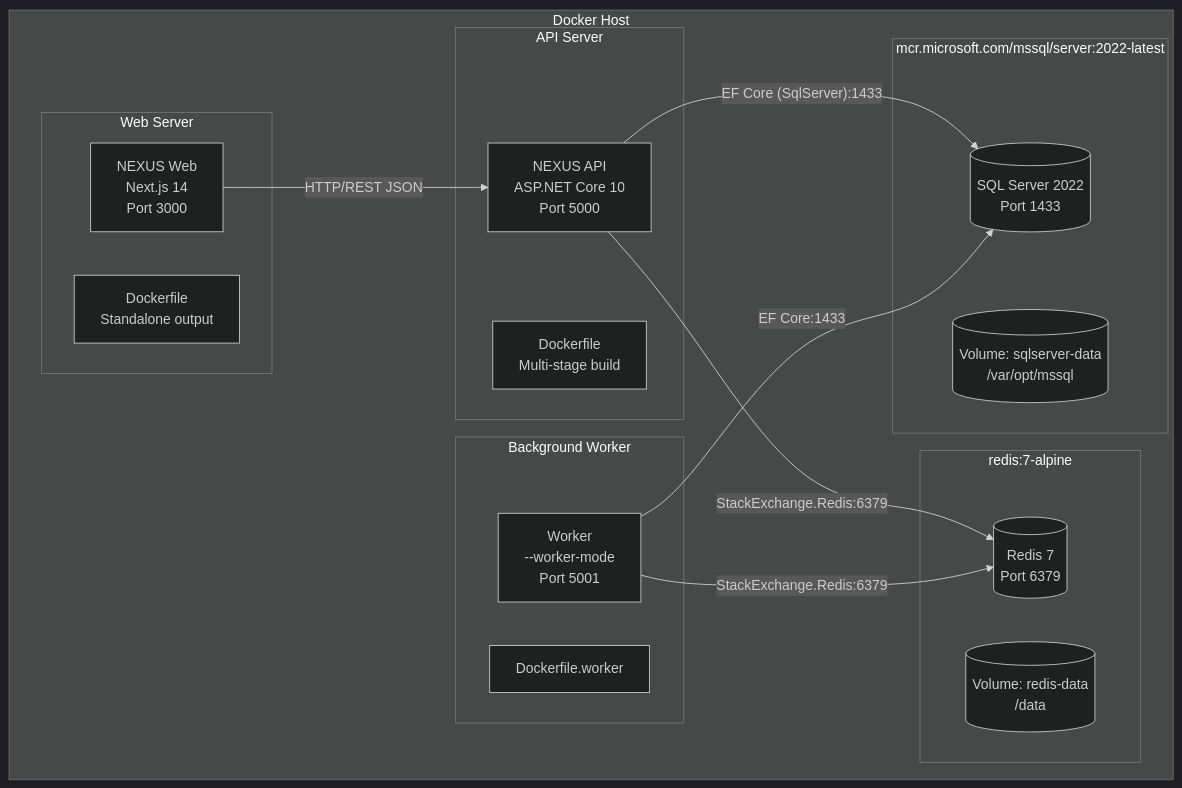
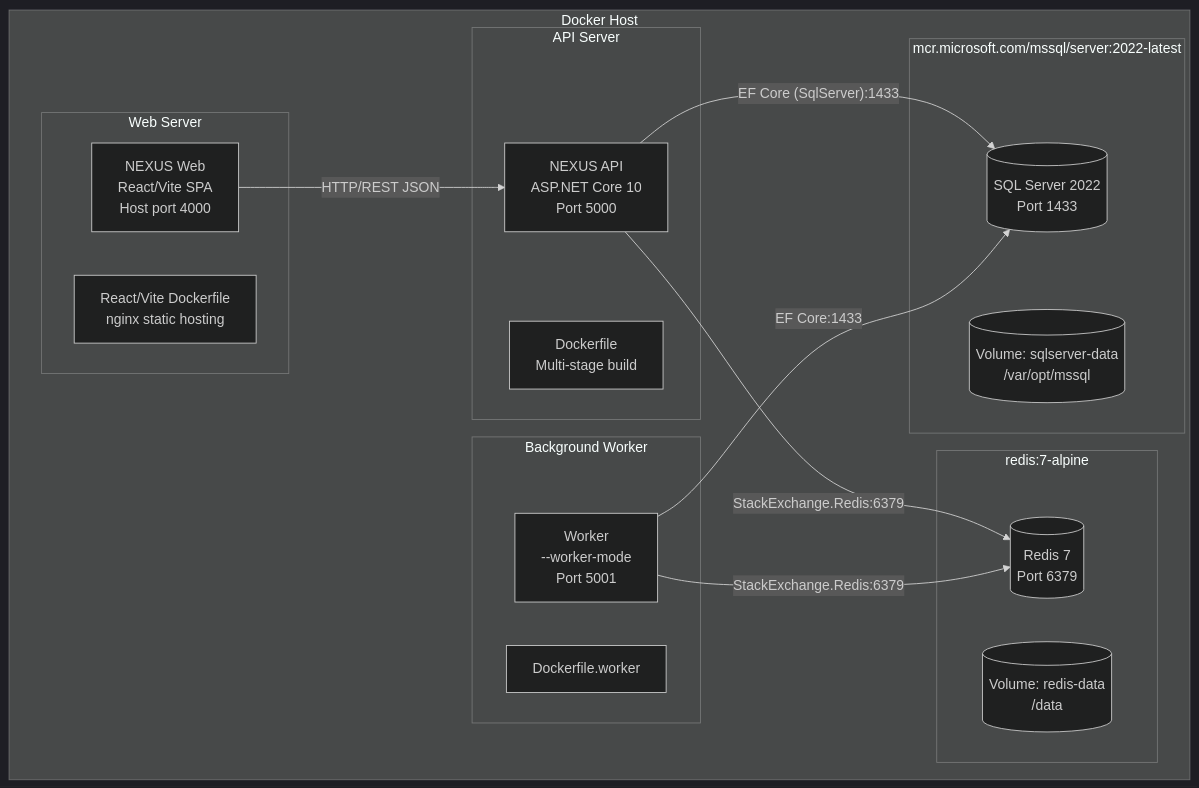
The diagram in docs/architecture/DEPLOYMENT-ARCHITECTURE.md (ShadyIsmael/pmo), drawn with Mermaid (dark theme) before and after one commit. The commit also changed other lines of this file and 2556 other files, not shown here.

````diff
--- a/docs/architecture/DEPLOYMENT-ARCHITECTURE.md
+++ b/docs/architecture/DEPLOYMENT-ARCHITECTURE.md
@@ -170,35 +173,35 @@
 ```mermaid
 graph TB
     subgraph "Docker Host"
         subgraph "mcr.microsoft.com/mssql/server:2022-latest"
             PG[("SQL Server 2022<br/>Port 1433")]
             PGV[(Volume: sqlserver-data<br/>/var/opt/mssql)]
         end
 
         subgraph "redis:7-alpine"
             RD[("Redis 7<br/>Port 6379")]
             RDV[(Volume: redis-data<br/>/data)]
         end
 
         subgraph "API Server"
             API["NEXUS API<br/>ASP.NET Core 10<br/>Port 5000"]
             APIDL[Dockerfile<br/>Multi-stage build]
         end
 
         subgraph "Web Server"
-            WEB["NEXUS Web<br/>Next.js 14<br/>Port 3000"]
-            WEBDL[Dockerfile<br/>Standalone output]
+            WEB["NEXUS Web<br/>React/Vite SPA<br/>Host port 4000"]
+            WEBDL[React/Vite Dockerfile<br/>nginx static hosting]
         end
 
         subgraph "Background Worker"
             WRK["Worker<br/>--worker-mode<br/>Port 5001"]
             WRKDL[Dockerfile.worker]
         end
 
         API -->|"EF Core (SqlServer):1433"| PG
         API -->|"StackExchange.Redis:6379"| RD
         WEB -->|"HTTP/REST JSON"| API
         WRK -->|"EF Core:1433"| PG
         WRK -->|"StackExchange.Redis:6379"| RD
     end
 ```
````
